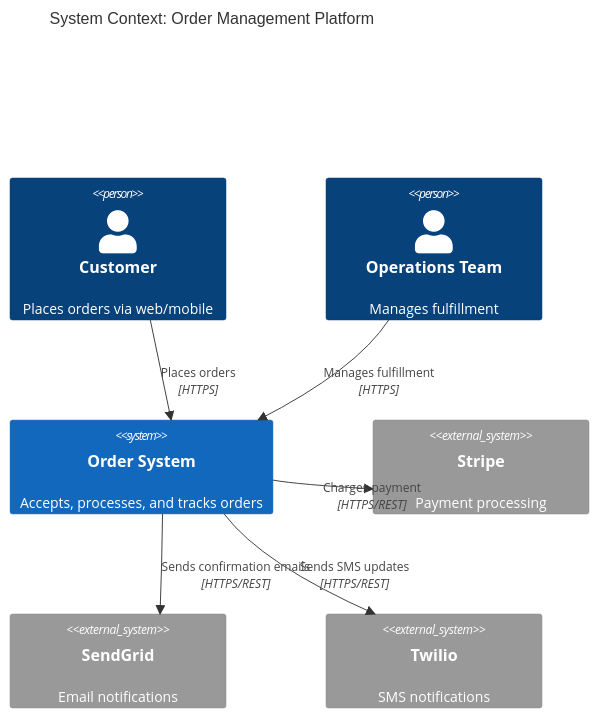
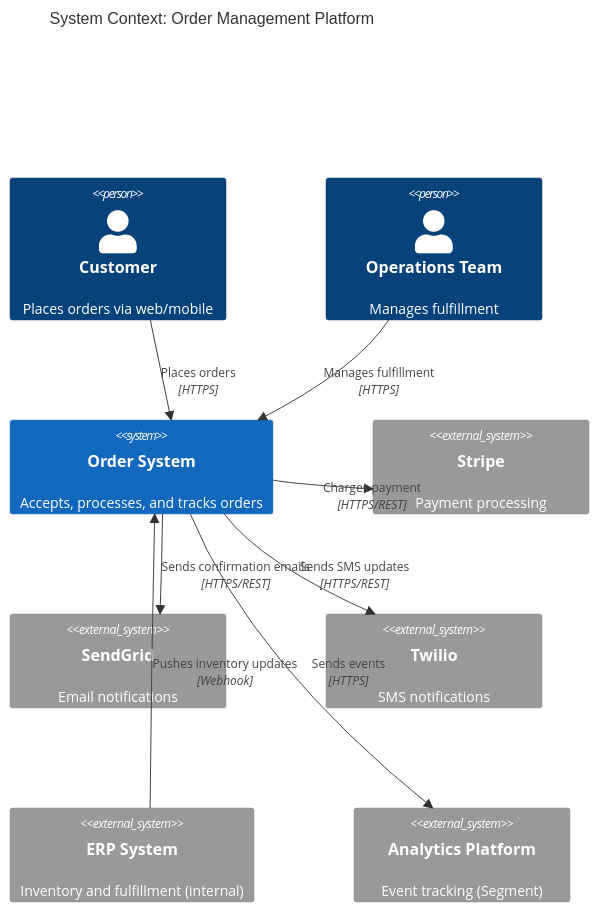
The first of 35 diagrams in codebase-docs-expert/references/diagrams.md (Wbunker/skills-repo), drawn with Mermaid before and after one commit. The commit also changed other lines of this file and 16 other files, not shown here.

````diff
--- a/codebase-docs-expert/references/diagrams.md
+++ b/codebase-docs-expert/references/diagrams.md
@@ -82,19 +94,23 @@
 ```mermaid
 C4Context
   title System Context: Order Management Platform
 
   Person(customer, "Customer", "Places orders via web/mobile")
   Person(ops, "Operations Team", "Manages fulfillment")
 
   System(orderSystem, "Order System", "Accepts, processes, and tracks orders")
 
   System_Ext(stripe, "Stripe", "Payment processing")
   System_Ext(sendgrid, "SendGrid", "Email notifications")
   System_Ext(twilio, "Twilio", "SMS notifications")
+  System_Ext(erp, "ERP System", "Inventory and fulfillment (internal)")
+  System_Ext(analytics, "Analytics Platform", "Event tracking (Segment)")
 
   Rel(customer, orderSystem, "Places orders", "HTTPS")
   Rel(ops, orderSystem, "Manages fulfillment", "HTTPS")
   Rel(orderSystem, stripe, "Charges payment", "HTTPS/REST")
   Rel(orderSystem, sendgrid, "Sends confirmation emails", "HTTPS/REST")
   Rel(orderSystem, twilio, "Sends SMS updates", "HTTPS/REST")
+  Rel(erp, orderSystem, "Pushes inventory updates", "Webhook")
+  Rel(orderSystem, analytics, "Sends events", "HTTPS")
 ```
````
